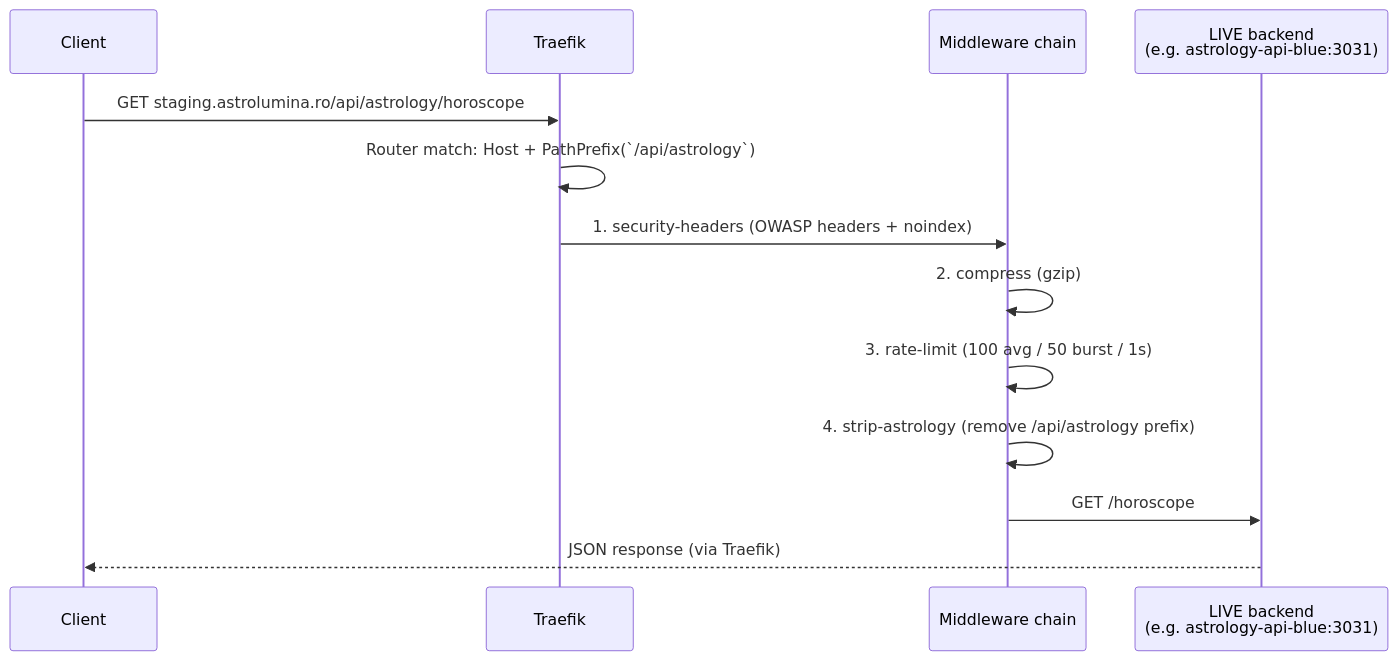
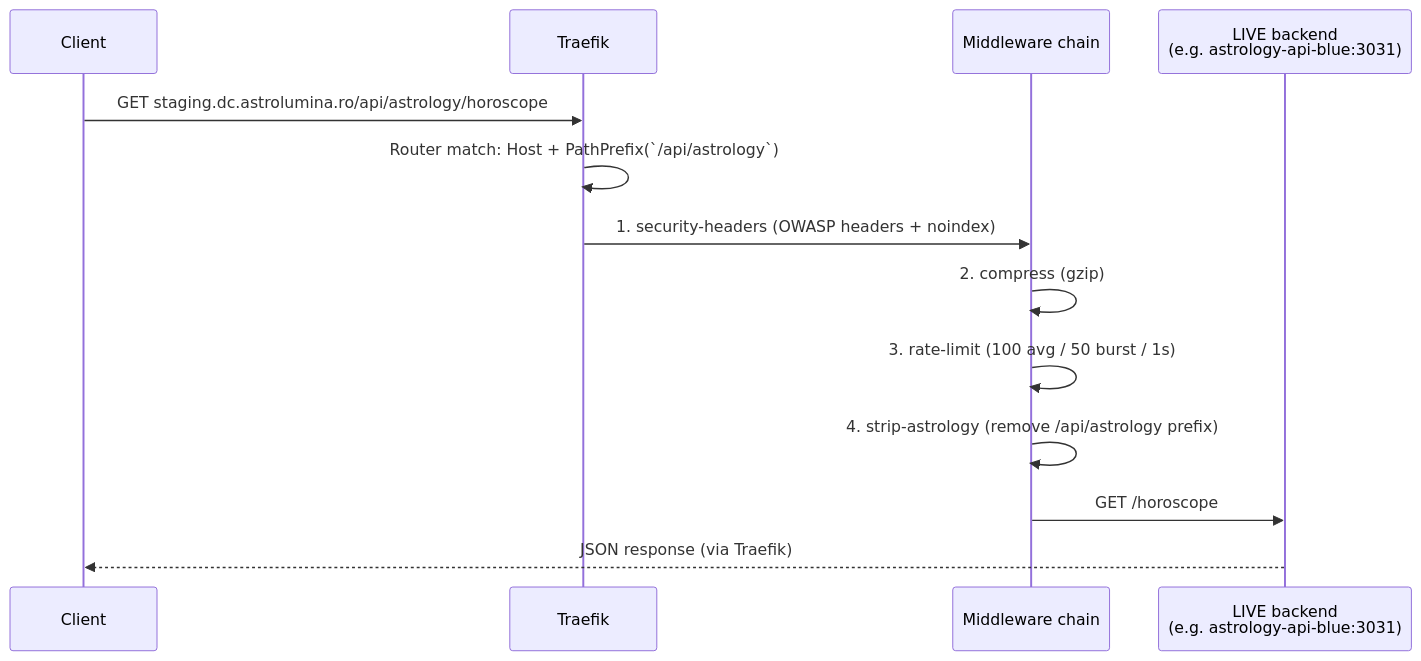
The sixth of 8 diagrams in README.md (AstroLumina-by-Carmen-Ilie/AstroLumina-DockerCompose), drawn with Mermaid before and after one commit. The commit also changed other lines of this file and 6 other files, not shown here.

````diff
--- a/README.md
+++ b/README.md
@@ -248,16 +248,16 @@
 ```mermaid
 sequenceDiagram
     participant C as Client
     participant T as Traefik
     participant MW as Middleware chain
     participant S as LIVE backend<br/>(e.g. astrology-api-blue:3031)
 
-    C->>T: GET staging.astrolumina.ro/api/astrology/horoscope
+    C->>T: GET staging.dc.astrolumina.ro/api/astrology/horoscope
     T->>T: Router match: Host + PathPrefix(`/api/astrology`)
     T->>MW: 1. security-headers (OWASP headers + noindex)
     MW->>MW: 2. compress (gzip)
     MW->>MW: 3. rate-limit (100 avg / 50 burst / 1s)
     MW->>MW: 4. strip-astrology (remove /api/astrology prefix)
     MW->>S: GET /horoscope
     S-->>C: JSON response (via Traefik)
 ```
````
